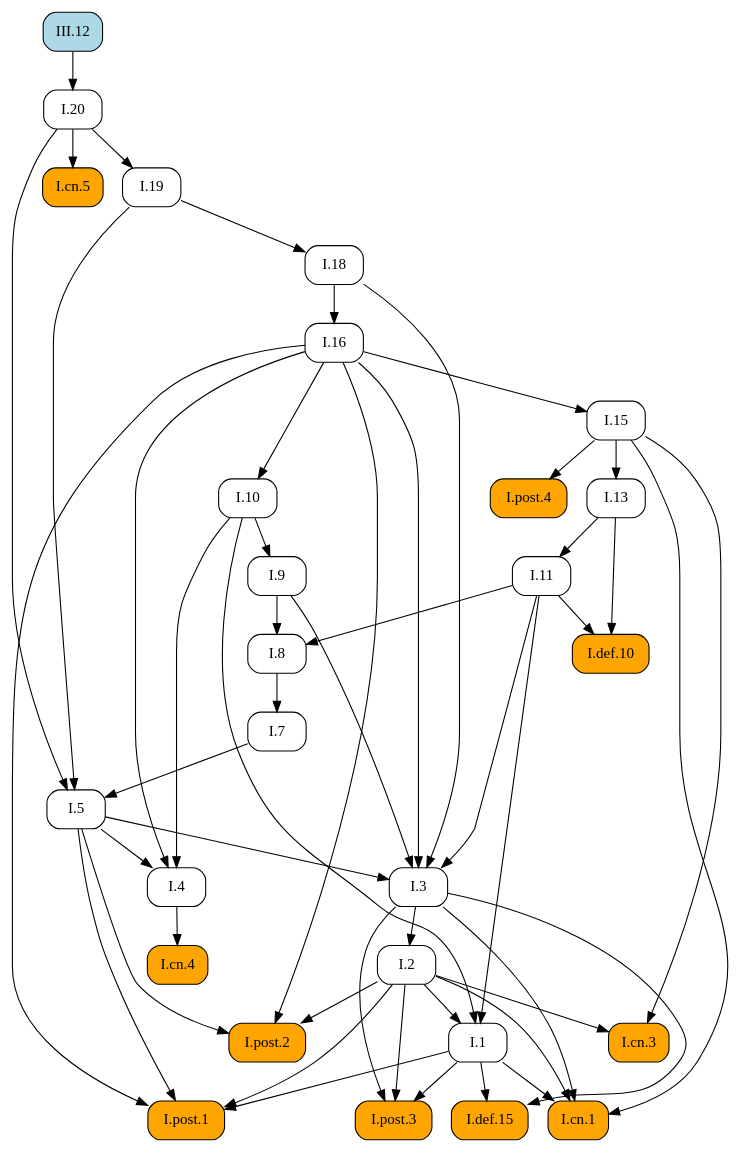
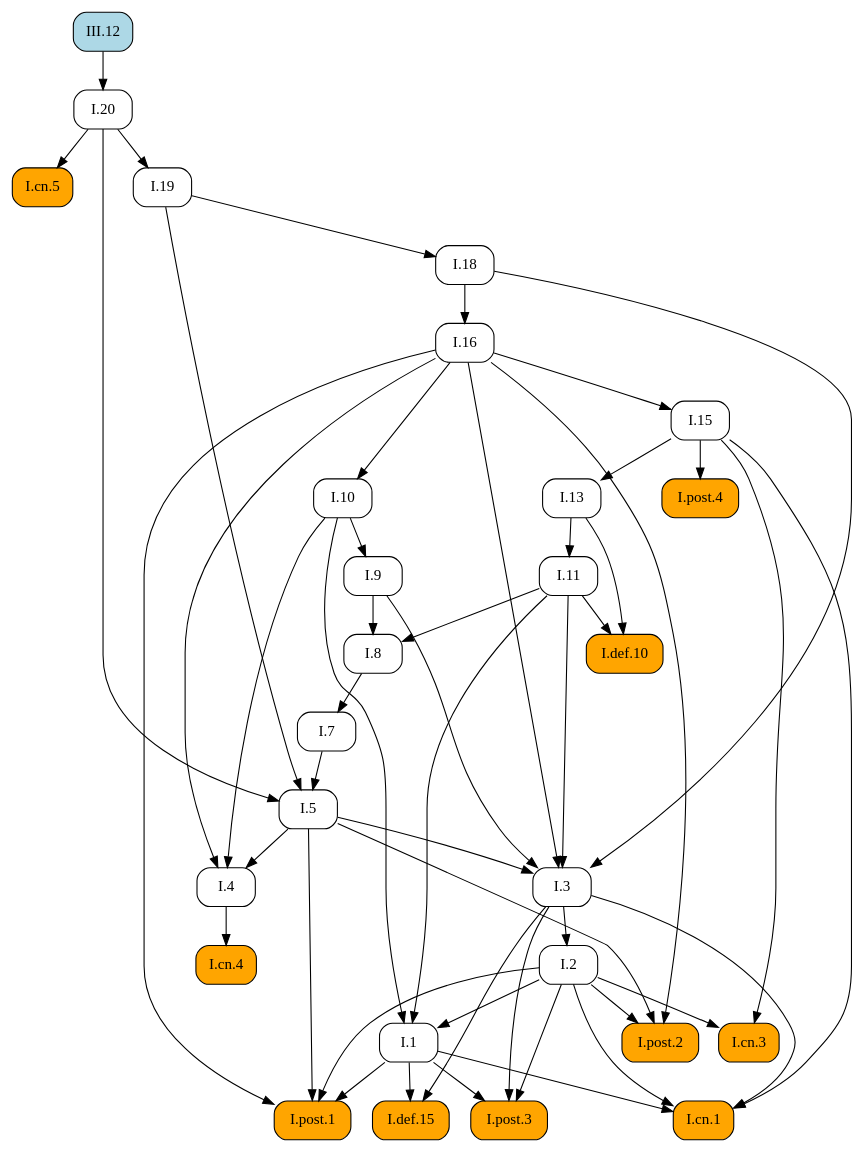
Before and after one commit to geometor/elements: the diagram in docsrc/heath/III/12/index.rst, drawn with Graphviz. The commit also changed other lines of this file and 1029 other files, not shown here.

```diff
--- a/docsrc/heath/III/12/index.rst
+++ b/docsrc/heath/III/12/index.rst
@@ -66,81 +66,81 @@
    digraph {
      rankdir="TB";
      node [shape=box, style=rounded];
-     "I.13" [URL="/heath/I/13/", target="_top"];
-     "I.cn.3" [style="rounded,filled", fillcolor=orange, URL="/heath/I/cn.3/", target="_top"];
-     "III.12" [style="rounded,filled", fillcolor=lightblue, URL="/heath/III/12/", target="_top"];
-     "I.5" [URL="/heath/I/5/", target="_top"];
+     "I.def.10" [style="rounded,filled", fillcolor=orange, URL="/heath/I/def.10/", target="_top"];
+     "I.cn.5" [style="rounded,filled", fillcolor=orange, URL="/heath/I/cn.5/", target="_top"];
+     "I.post.4" [style="rounded,filled", fillcolor=orange, URL="/heath/I/post.4/", target="_top"];
+     "I.1" [URL="/heath/I/1/", target="_top"];
      "I.11" [URL="/heath/I/11/", target="_top"];
      "I.7" [URL="/heath/I/7/", target="_top"];
+     "I.20" [URL="/heath/I/20/", target="_top"];
+     "I.3" [URL="/heath/I/3/", target="_top"];
+     "I.2" [URL="/heath/I/2/", target="_top"];
+     "I.4" [URL="/heath/I/4/", target="_top"];
+     "I.13" [URL="/heath/I/13/", target="_top"];
+     "I.post.2" [style="rounded,filled", fillcolor=orange, URL="/heath/I/post.2/", target="_top"];
+     "I.18" [URL="/heath/I/18/", target="_top"];
+     "I.16" [URL="/heath/I/16/", target="_top"];
+     "I.def.15" [style="rounded,filled", fillcolor=orange, URL="/heath/I/def.15/", target="_top"];
+     "I.19" [URL="/heath/I/19/", target="_top"];
+     "I.post.3" [style="rounded,filled", fillcolor=orange, URL="/heath/I/post.3/", target="_top"];
+     "I.9" [URL="/heath/I/9/", target="_top"];
+     "I.cn.1" [style="rounded,filled", fillcolor=orange, URL="/heath/I/cn.1/", target="_top"];
+     "I.cn.3" [style="rounded,filled", fillcolor=orange, URL="/heath/I/cn.3/", target="_top"];
+     "I.8" [URL="/heath/I/8/", target="_top"];
+     "I.cn.4" [style="rounded,filled", fillcolor=orange, URL="/heath/I/cn.4/", target="_top"];
+     "I.15" [URL="/heath/I/15/", target="_top"];
+     "III.12" [style="rounded,filled", fillcolor=lightblue, URL="/heath/III/12/", target="_top"];
+     "I.post.1" [style="rounded,filled", fillcolor=orange, URL="/heath/I/post.1/", target="_top"];
      "I.10" [URL="/heath/I/10/", target="_top"];
-     "I.4" [URL="/heath/I/4/", target="_top"];
-     "I.3" [URL="/heath/I/3/", target="_top"];
-     "I.16" [URL="/heath/I/16/", target="_top"];
-     "I.8" [URL="/heath/I/8/", target="_top"];
-     "I.9" [URL="/heath/I/9/", target="_top"];
-     "I.def.10" [style="rounded,filled", fillcolor=orange, URL="/heath/I/def.10/", target="_top"];
-     "I.post.4" [style="rounded,filled", fillcolor=orange, URL="/heath/I/post.4/", target="_top"];
-     "I.post.2" [style="rounded,filled", fillcolor=orange, URL="/heath/I/post.2/", target="_top"];
-     "I.2" [URL="/heath/I/2/", target="_top"];
-     "I.def.15" [style="rounded,filled", fillcolor=orange, URL="/heath/I/def.15/", target="_top"];
-     "I.1" [URL="/heath/I/1/", target="_top"];
-     "I.post.3" [style="rounded,filled", fillcolor=orange, URL="/heath/I/post.3/", target="_top"];
-     "I.post.1" [style="rounded,filled", fillcolor=orange, URL="/heath/I/post.1/", target="_top"];
-     "I.cn.5" [style="rounded,filled", fillcolor=orange, URL="/heath/I/cn.5/", target="_top"];
-     "I.20" [URL="/heath/I/20/", target="_top"];
-     "I.cn.4" [style="rounded,filled", fillcolor=orange, URL="/heath/I/cn.4/", target="_top"];
-     "I.cn.1" [style="rounded,filled", fillcolor=orange, URL="/heath/I/cn.1/", target="_top"];
-     "I.15" [URL="/heath/I/15/", target="_top"];
-     "I.19" [URL="/heath/I/19/", target="_top"];
-     "I.18" [URL="/heath/I/18/", target="_top"];
-     "I.15" -> "I.13";
-     "I.2" -> "I.cn.3";
-     "I.15" -> "I.cn.3";
-     "I.7" -> "I.5";
-     "I.19" -> "I.5";
-     "I.20" -> "I.5";
+     "I.5" [URL="/heath/I/5/", target="_top"];
+     "I.11" -> "I.def.10";
+     "I.13" -> "I.def.10";
+     "I.20" -> "I.cn.5";
+     "I.15" -> "I.post.4";
+     "I.2" -> "I.1";
+     "I.10" -> "I.1";
+     "I.11" -> "I.1";
      "I.13" -> "I.11";
      "I.8" -> "I.7";
-     "I.16" -> "I.10";
-     "I.5" -> "I.4";
-     "I.10" -> "I.4";
-     "I.16" -> "I.4";
+     "III.12" -> "I.20";
      "I.5" -> "I.3";
      "I.9" -> "I.3";
      "I.11" -> "I.3";
      "I.16" -> "I.3";
      "I.18" -> "I.3";
-     "I.18" -> "I.16";
-     "I.9" -> "I.8";
-     "I.11" -> "I.8";
-     "I.10" -> "I.9";
-     "I.11" -> "I.def.10";
-     "I.13" -> "I.def.10";
-     "I.15" -> "I.post.4";
+     "I.3" -> "I.2";
+     "I.5" -> "I.4";
+     "I.10" -> "I.4";
+     "I.16" -> "I.4";
+     "I.15" -> "I.13";
      "I.2" -> "I.post.2";
      "I.5" -> "I.post.2";
      "I.16" -> "I.post.2";
-     "I.3" -> "I.2";
+     "I.19" -> "I.18";
+     "I.18" -> "I.16";
      "I.1" -> "I.def.15";
      "I.3" -> "I.def.15";
-     "I.2" -> "I.1";
-     "I.10" -> "I.1";
-     "I.11" -> "I.1";
+     "I.20" -> "I.19";
      "I.1" -> "I.post.3";
      "I.2" -> "I.post.3";
      "I.3" -> "I.post.3";
+     "I.10" -> "I.9";
+     "I.1" -> "I.cn.1";
+     "I.2" -> "I.cn.1";
+     "I.3" -> "I.cn.1";
+     "I.15" -> "I.cn.1";
+     "I.2" -> "I.cn.3";
+     "I.15" -> "I.cn.3";
+     "I.9" -> "I.8";
+     "I.11" -> "I.8";
+     "I.4" -> "I.cn.4";
+     "I.16" -> "I.15";
      "I.1" -> "I.post.1";
      "I.2" -> "I.post.1";
      "I.5" -> "I.post.1";
      "I.16" -> "I.post.1";
-     "I.20" -> "I.cn.5";
-     "III.12" -> "I.20";
-     "I.4" -> "I.cn.4";
-     "I.1" -> "I.cn.1";
-     "I.2" -> "I.cn.1";
-     "I.3" -> "I.cn.1";
-     "I.15" -> "I.cn.1";
-     "I.16" -> "I.15";
-     "I.20" -> "I.19";
-     "I.19" -> "I.18";
+     "I.16" -> "I.10";
+     "I.7" -> "I.5";
+     "I.19" -> "I.5";
+     "I.20" -> "I.5";
    }
```
